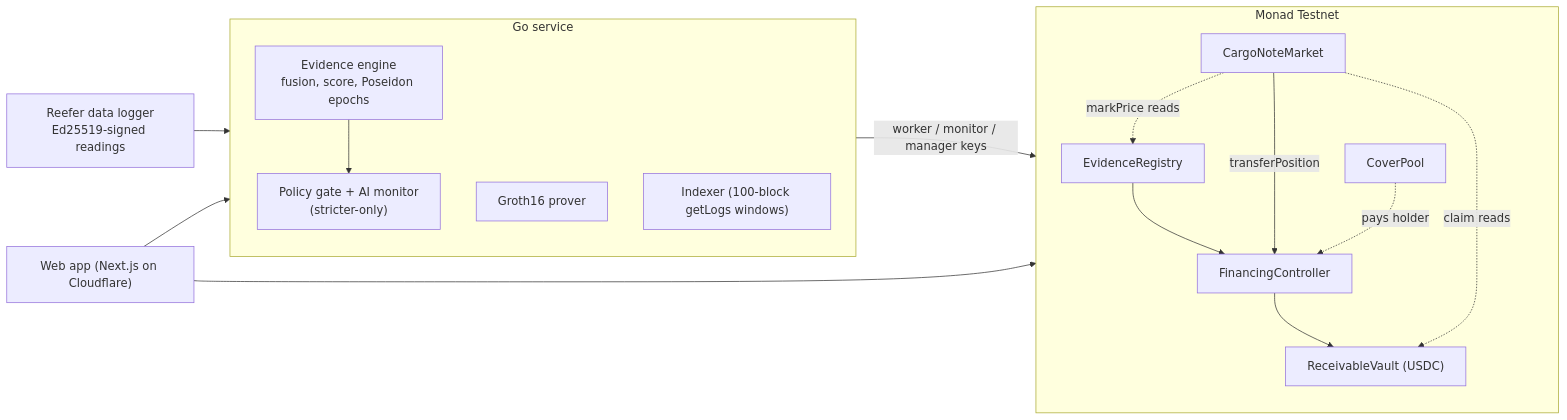
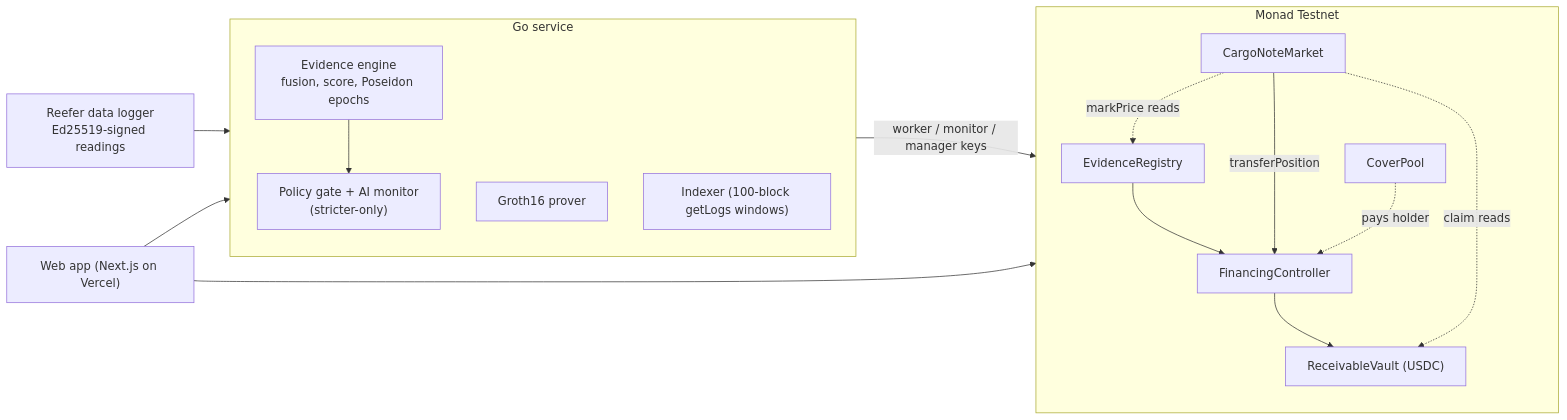
The diagram in README.md (LSUDOKO/CargoFlow-Monad), drawn with Mermaid before and after one commit. The commit also changed other lines of this file and 11 other files, not shown here.

Commit message:
docs: live app moved to cargoflow-monad.vercel.app

````diff
--- a/README.md
+++ b/README.md
@@ -133,20 +133,20 @@
 ```mermaid
 flowchart LR
     L["Reefer data logger<br/>Ed25519-signed readings"] --> B
     subgraph B["Go service"]
         EV["Evidence engine<br/>fusion, score, Poseidon epochs"] --> PG["Policy gate + AI monitor<br/>(stricter-only)"]
         PRV["Groth16 prover"]
         IDX["Indexer (100-block getLogs windows)"]
     end
     subgraph M["Monad Testnet"]
         ER["EvidenceRegistry"] --> FC["FinancingController"]
         FC --> RV["ReceivableVault (USDC)"]
         NM["CargoNoteMarket"] -->|"transferPosition"| FC
         NM -.markPrice reads.-> ER
         NM -.claim reads.-> RV
         CP["CoverPool"] -.pays holder.-> FC
     end
     B -->|"worker / monitor / manager keys"| M
-    W["Web app (Next.js on Cloudflare)"] --> M
+    W["Web app (Next.js on Vercel)"] --> M
     W --> B
 ```
````
